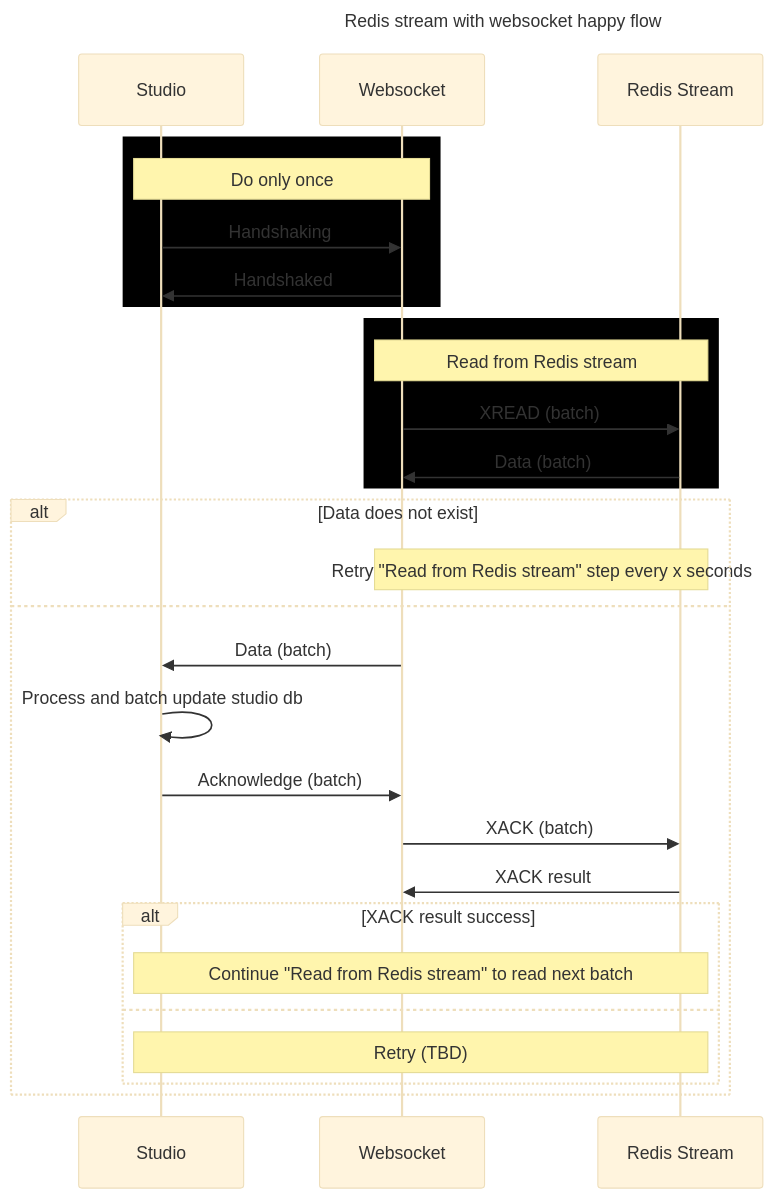
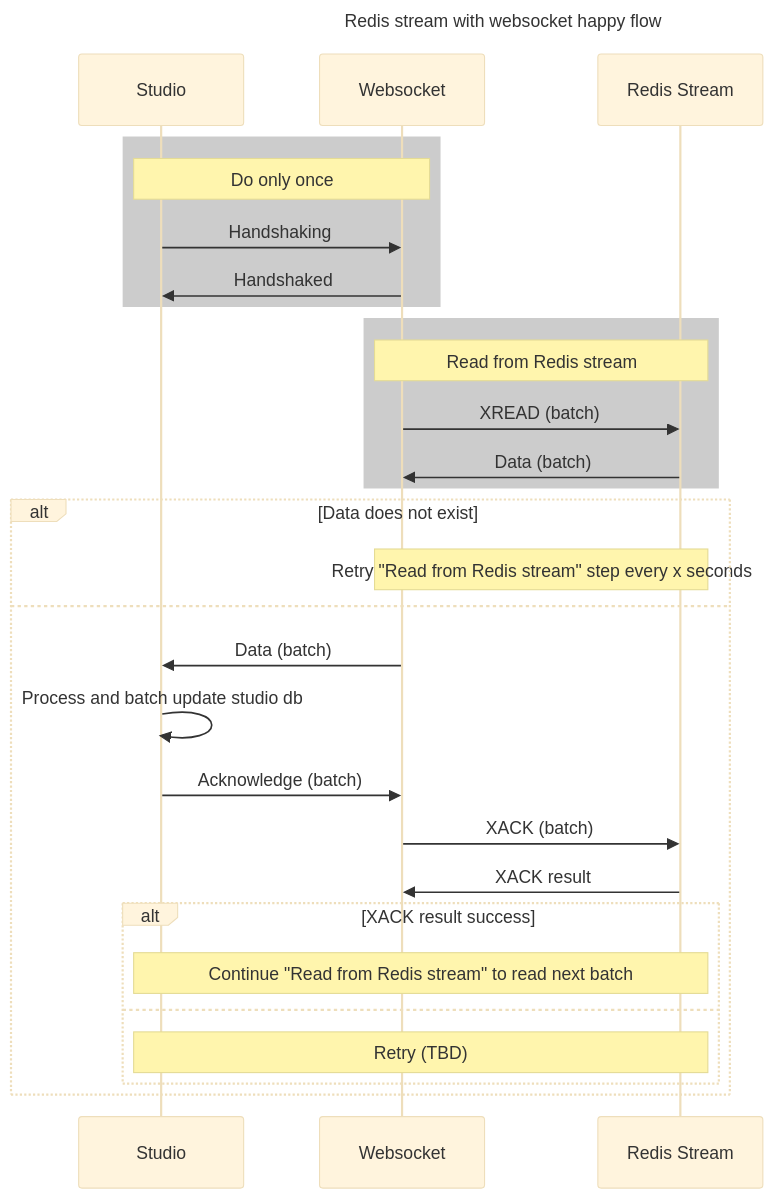
One commit to gutakk/redis-stream-test changed the diagram in flow.md. Above: the diagram before and after it, drawn with Mermaid (base theme).

Commit message:
Update flow

````diff
--- a/flow.md
+++ b/flow.md
@@ -1,36 +1,36 @@
 ```mermaid
 sequenceDiagram
   title: Redis stream with websocket happy flow
 
   participant S as Studio
   participant W as Websocket
   Participant R as Redis Stream
 
-  rect rgb(0, 0, 0)
+  rect rgba(0, 0, 0, 0.2)
     Note over S,W: Do only once
     S->>W: Handshaking
     W->>S: Handshaked
   end
 
-  rect rgb(0, 0, 0)
+  rect rgba(0, 0, 0, 0.2)
     Note over W,R: Read from Redis stream
     W->>R: XREAD (batch)
     R->>W: Data (batch)
   end
 
   alt Data does not exist
     Note over W,R: Retry "Read from Redis stream" step every x seconds
   else
     W->>S: Data (batch)
     S->>S: Process and batch update studio db
     S->>W: Acknowledge (batch)
     W->>R: XACK (batch)
     R->>W: XACK result
 
     alt XACK result success
       Note over S,R: Continue "Read from Redis stream" to read next batch
     else
       Note over S,R: Retry (TBD)
     end
   end
 ```
````
